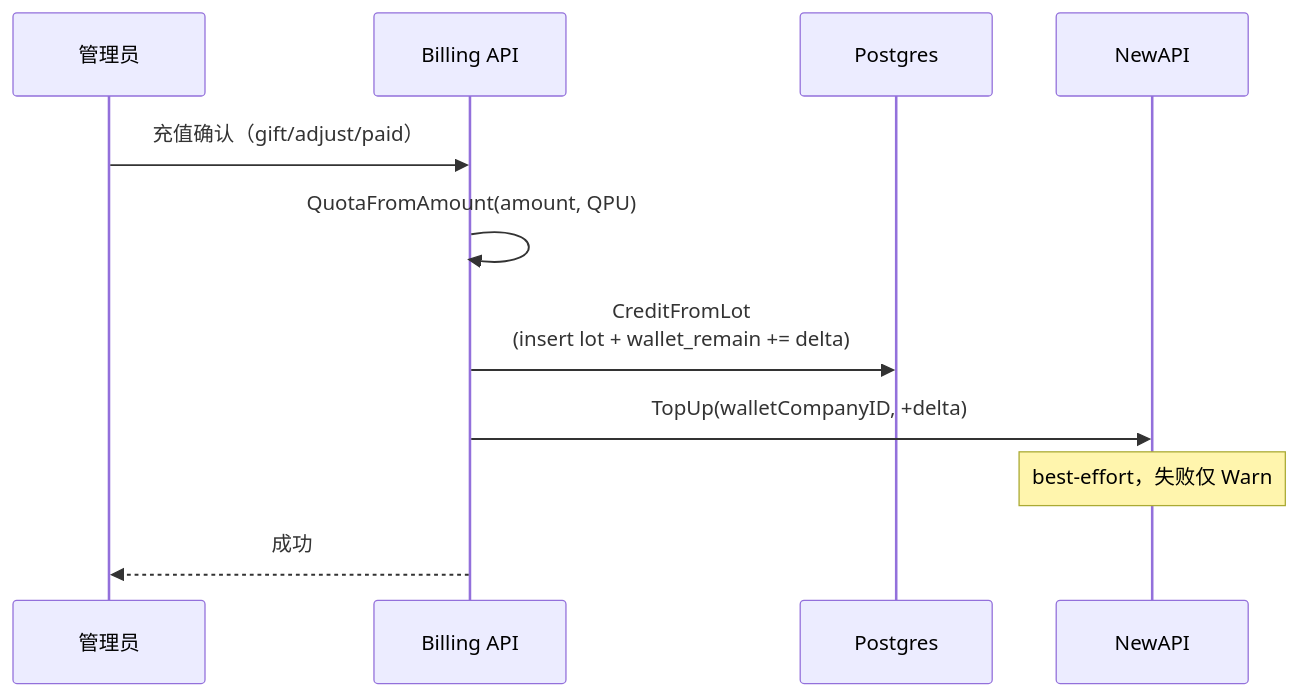
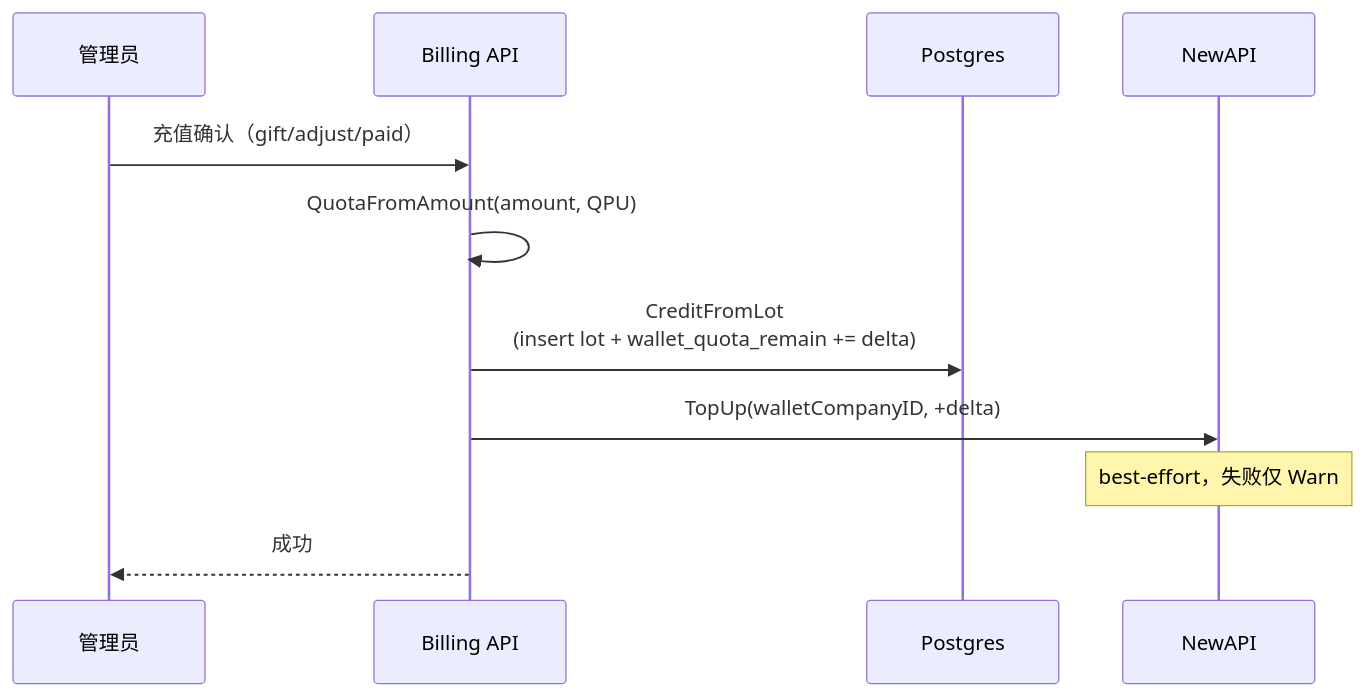
The second of 10 diagrams in docs/reviews/budget-quota-billing-architecture.md (quyip8818/mytokenjoy), drawn with Mermaid before and after one commit. The commit also changed other lines of this file and 43 other files, not shown here.

Commit message:
rename wallet_remain → wallet_quota_remain

````diff
--- a/docs/reviews/budget-quota-billing-architecture.md
+++ b/docs/reviews/budget-quota-billing-architecture.md
@@ -152,14 +152,14 @@
 ```mermaid
 sequenceDiagram
   participant Admin as 管理员
   participant API as Billing API
   participant PG as Postgres
   participant NA as NewAPI
 
   Admin->>API: 充值确认（gift/adjust/paid）
   API->>API: QuotaFromAmount(amount, QPU)
-  API->>PG: CreditFromLot<br/>(insert lot + wallet_remain += delta)
+  API->>PG: CreditFromLot<br/>(insert lot + wallet_quota_remain += delta)
   API->>NA: TopUp(walletCompanyID, +delta)
   Note over NA: best-effort，失败仅 Warn
   API-->>Admin: 成功
 ```
````
